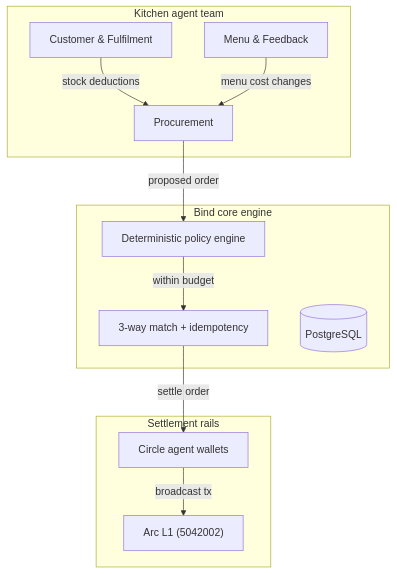
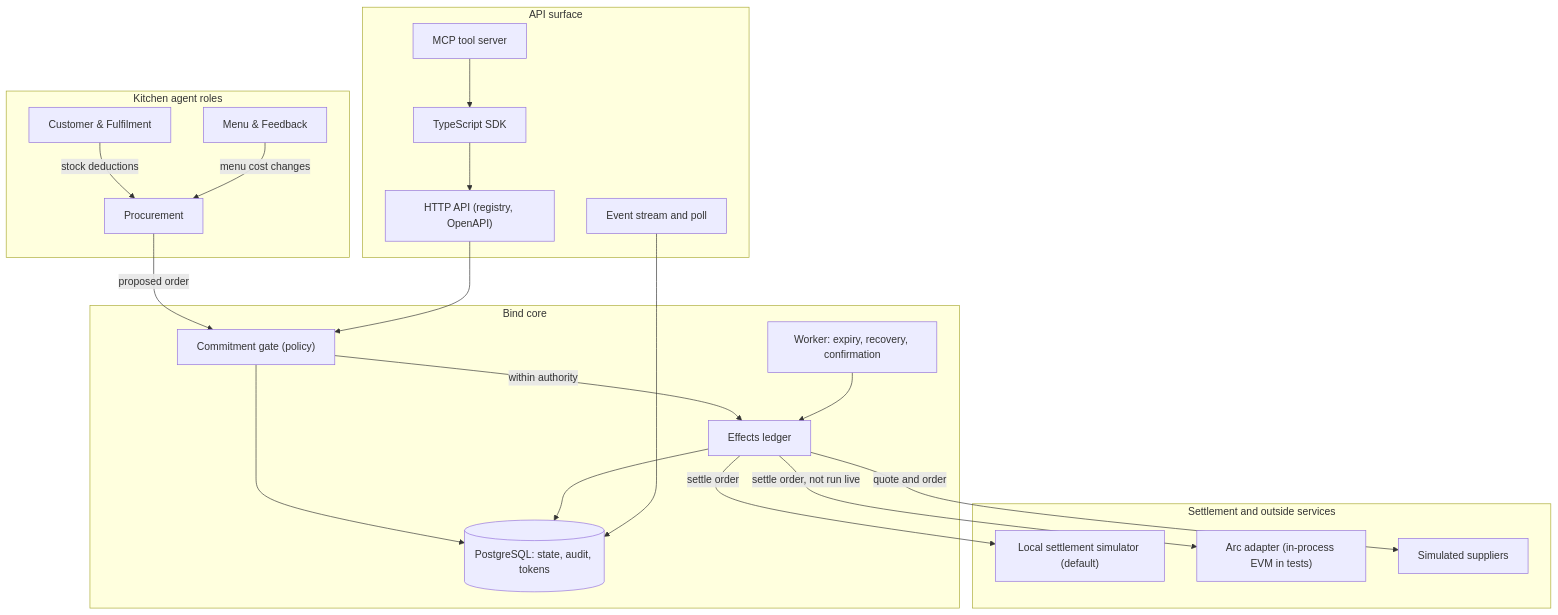
One commit to Jaydearcadian/bind changed the diagram in README.md. Above: the diagram before and after it, drawn with Mermaid. The commit also changed other lines of this file and 14 other files, not shown here.

````diff
--- a/README.md
+++ b/README.md
@@ -130,23 +118,39 @@
 ```mermaid
 flowchart TD
-    subgraph TEAM["Kitchen agent team"]
+    subgraph TEAM["Kitchen agent roles"]
         PA["Procurement"]
         CFA["Customer & Fulfilment"]
         MFA["Menu & Feedback"]
     end
-    subgraph ENGINE["Bind core engine"]
-        Policy["Deterministic policy engine"]
-        Match["3-way match + idempotency"]
-        Store[("PostgreSQL")]
+    subgraph ENGINE["Bind core"]
+        Gate["Commitment gate (policy)"]
+        Ledger["Effects ledger"]
+        Work["Worker: expiry, recovery, confirmation"]
+        Store[("PostgreSQL: state, audit, tokens")]
     end
-    subgraph RAILS["Settlement rails"]
-        Circle["Circle agent wallets"]
-        Arc["Arc L1 (5042002)"]
+    subgraph EDGE["API surface"]
+        API["HTTP API (registry, OpenAPI)"]
+        SSE["Event stream and poll"]
+        SDK["TypeScript SDK"]
+        MCP["MCP tool server"]
     end
-    PA -->|proposed order| Policy
+    subgraph RAILS["Settlement and outside services"]
+        Sim["Local settlement simulator (default)"]
+        Arc["Arc adapter (in-process EVM in tests)"]
+        Sup["Simulated suppliers"]
+    end
+    PA -->|proposed order| Gate
     CFA -->|stock deductions| PA
     MFA -->|menu cost changes| PA
-    Policy -->|within budget| Match
-    Match -->|settle order| Circle
-    Circle -->|broadcast tx| Arc
+    Gate -->|within authority| Ledger
+    Ledger -->|settle order| Sim
+    Ledger -->|settle order, not run live| Arc
+    Ledger -->|quote and order| Sup
+    Work --> Ledger
+    Gate --> Store
+    Ledger --> Store
+    API --> Gate
+    SSE --> Store
+    SDK --> API
+    MCP --> SDK
 ```
````
